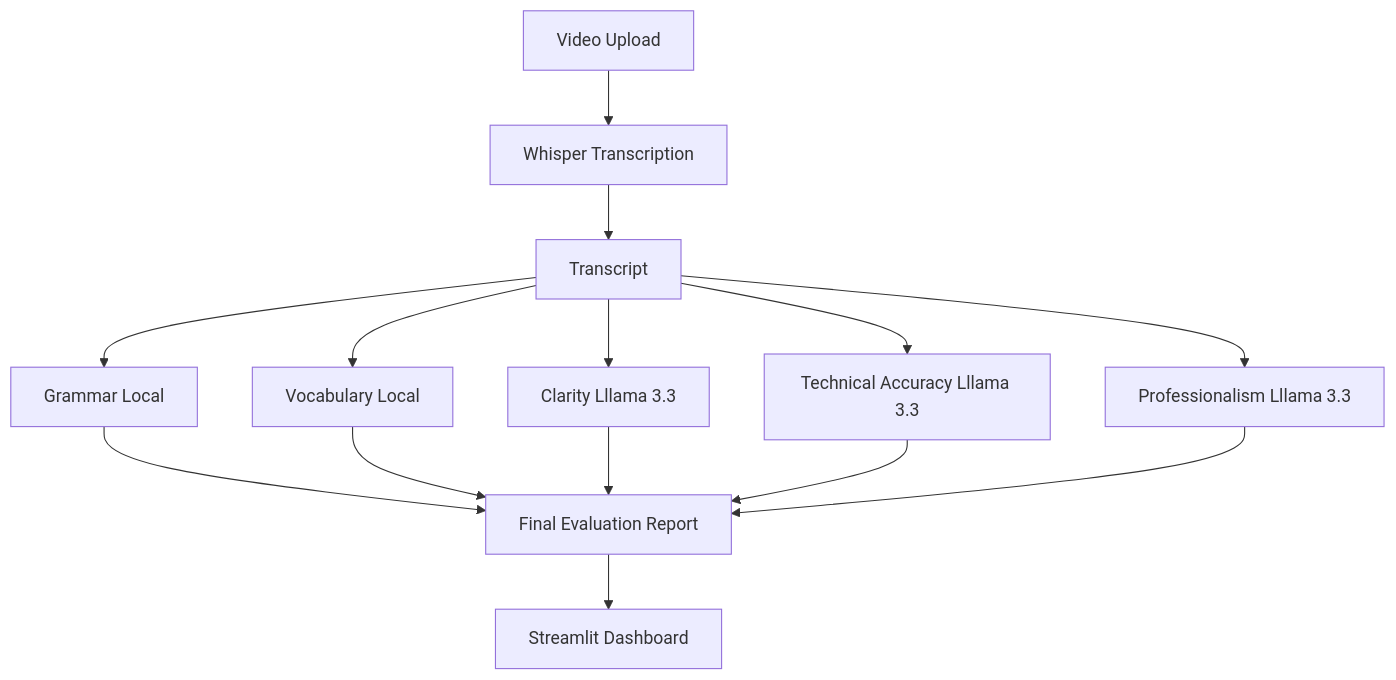
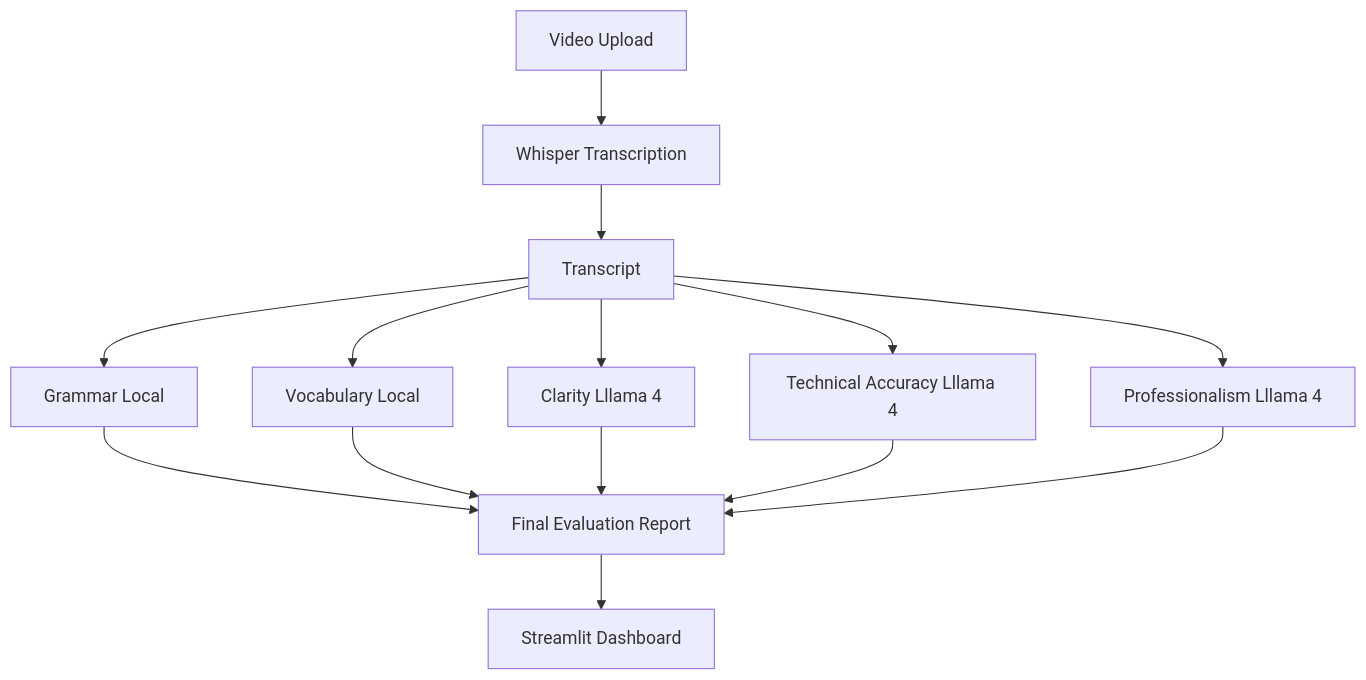
The diagram in README.md (Ruby-Rubin/AI-Transcript-Evaluator), drawn with Mermaid before and after one commit. The commit also changed other lines of this file, not shown here.

Commit message:
Update Lllama version references to 4

````diff
--- a/README.md
+++ b/README.md
@@ -20,19 +20,19 @@
 ```mermaid
 flowchart TD
     A[Video Upload] --> B[Whisper Transcription]
     B --> C[Transcript]
 
     C --> D[Grammar Local]
     C --> E[Vocabulary Local]
-    C --> F[Clarity Lllama 3.3]
-    C --> G[Technical Accuracy Lllama 3.3]
-    C --> H[Professionalism Lllama 3.3]
+    C --> F[Clarity Lllama 4]
+    C --> G[Technical Accuracy Lllama 4]
+    C --> H[Professionalism Lllama 4]
 
     D --> I[Final Evaluation Report]
     E --> I
     F --> I
     G --> I
     H --> I
 
     I --> J[Streamlit Dashboard]
 ```
````
